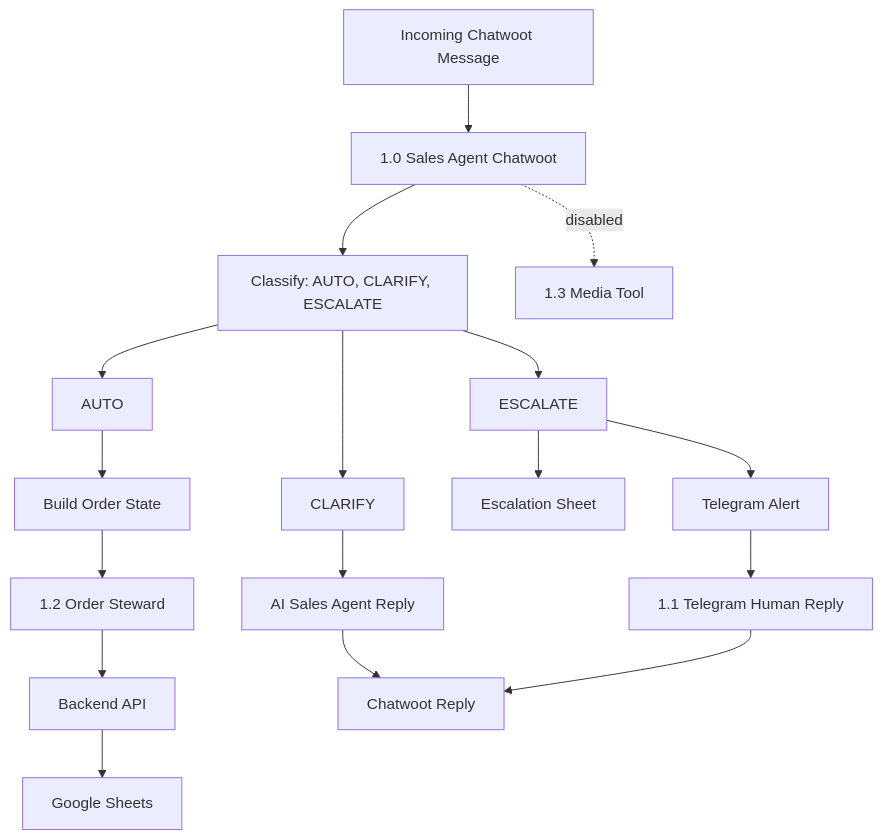
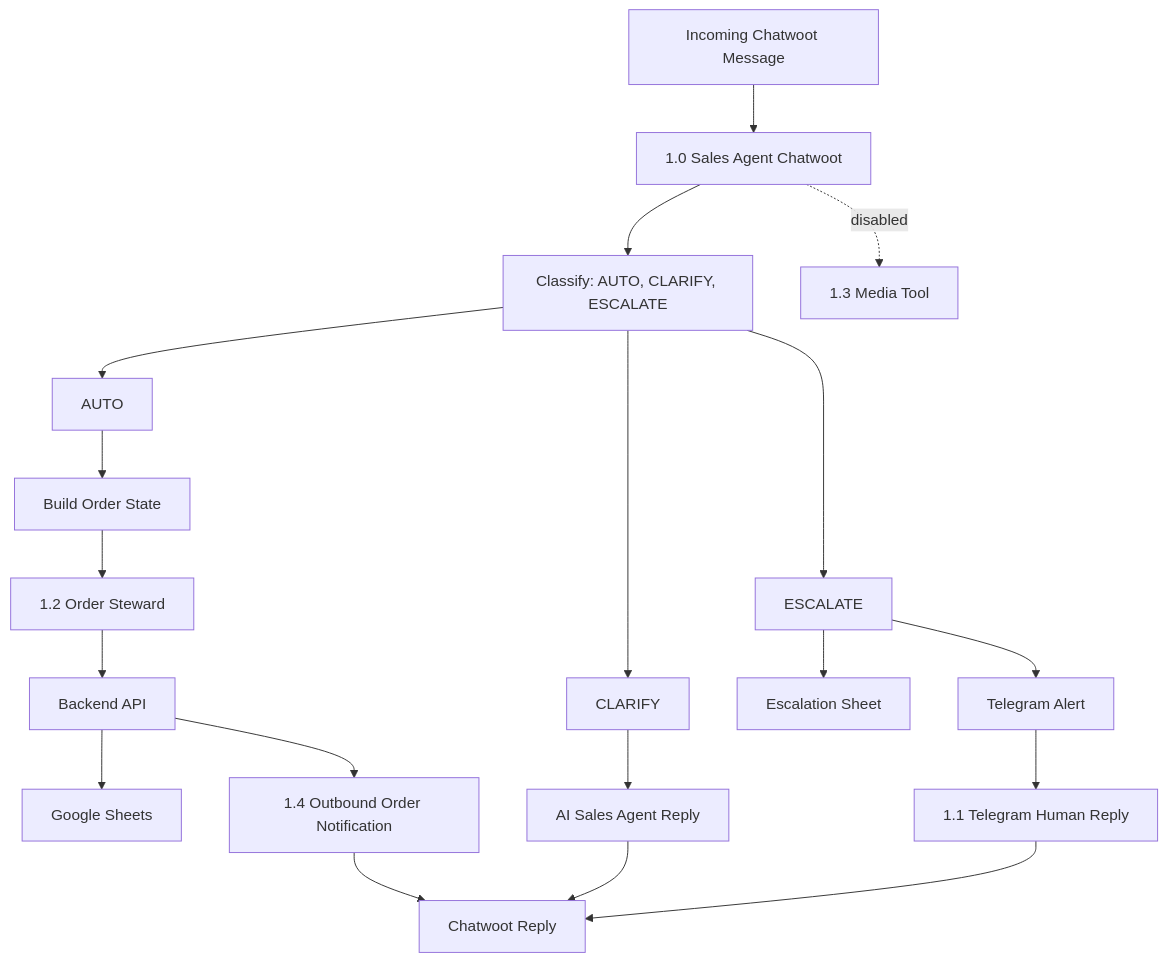
Before and after one commit to Crewless9086/amadeus-pig-tracking-system: the diagram in docs/04-n8n/WORKFLOW_MAP.md, drawn with Mermaid. The commit also changed other lines of this file and 16 other files, not shown here.

````diff
--- a/docs/04-n8n/WORKFLOW_MAP.md
+++ b/docs/04-n8n/WORKFLOW_MAP.md
@@ -9,19 +9,21 @@
 ```mermaid
 flowchart TD
   incoming["Incoming Chatwoot Message"] --> wf10["1.0 Sales Agent Chatwoot"]
   wf10 --> classify["Classify: AUTO, CLARIFY, ESCALATE"]
   classify --> autoPath[AUTO]
   classify --> clarifyPath[CLARIFY]
   classify --> escalatePath[ESCALATE]
   autoPath --> orderState["Build Order State"]
   orderState --> wf12["1.2 Order Steward"]
   wf12 --> backend["Backend API"]
   backend --> sheets["Google Sheets"]
   clarifyPath --> salesAgent["AI Sales Agent Reply"]
   salesAgent --> chatwootReply["Chatwoot Reply"]
   escalatePath --> handoffSheet["Escalation Sheet"]
   escalatePath --> telegramAlert["Telegram Alert"]
   telegramAlert --> wf11["1.1 Telegram Human Reply"]
   wf11 --> chatwootReply
   wf10 -. disabled .-> wf13["1.3 Media Tool"]
+  backend --> wf14["1.4 Outbound Order Notification"]
+  wf14 --> chatwootReply
 ```
````
